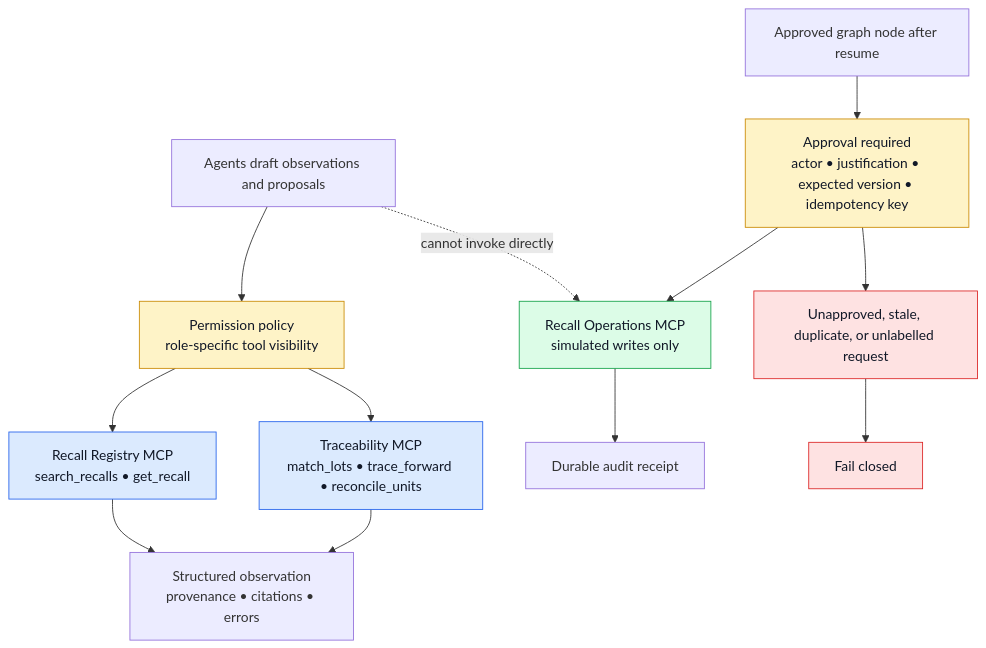
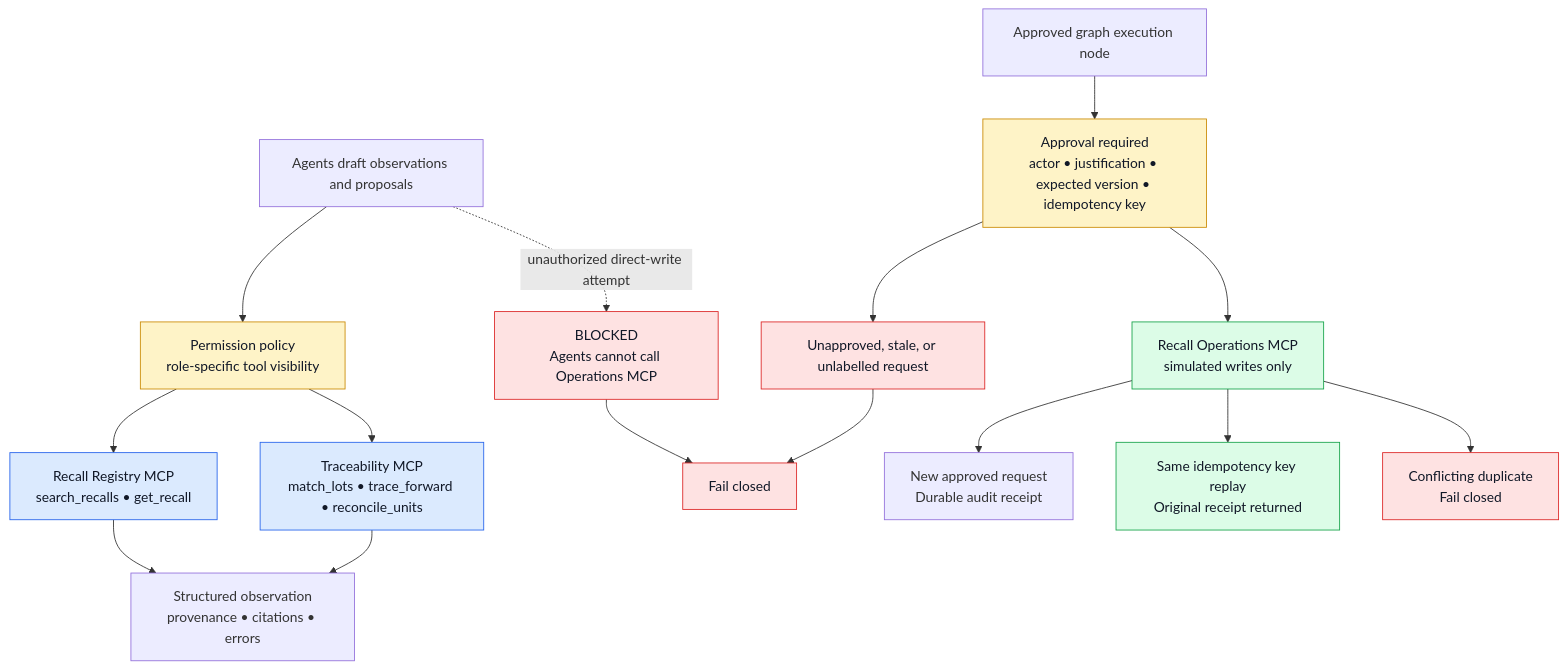
The diagram in docs/images/04_mcp_tool_safety.mmd (nagarjunakanamarlapudi/reacall-agents), drawn with Mermaid before and after one commit. The commit also changed 26 other files, not shown here.

Commit message:
docs: harden Task 10 diagram and demo contracts

```diff
--- a/docs/images/04_mcp_tool_safety.mmd
+++ b/docs/images/04_mcp_tool_safety.mmd
@@ -1,16 +1,19 @@
 flowchart TB
   classDef read fill:#dbeafe,stroke:#2563eb,color:#111827
   classDef write fill:#dcfce7,stroke:#16a34a,color:#111827
   classDef block fill:#fee2e2,stroke:#dc2626,color:#111827
   classDef gate fill:#fef3c7,stroke:#ca8a04,color:#111827
   AG["Agents draft observations and proposals"] --> SEL["Permission policy<br/>role-specific tool visibility"]:::gate
   SEL --> RR["Recall Registry MCP<br/>search_recalls • get_recall"]:::read
   SEL --> TM["Traceability MCP<br/>match_lots • trace_forward • reconcile_units"]:::read
   RR --> OBS["Structured observation<br/>provenance • citations • errors"]
   TM --> OBS
-  AG -. "cannot invoke directly" .-> OM["Recall Operations MCP"]:::write
-  GR["Approved graph node after resume"] --> AP["Approval required<br/>actor • justification • expected version • idempotency key"]:::gate
+  AG -. "unauthorized direct-write attempt" .-> BLOCKED["BLOCKED<br/>Agents cannot call Operations MCP"]:::block
+  BLOCKED --> DENY["Fail closed"]:::block
+  GR["Approved graph execution node"] --> AP["Approval required<br/>actor • justification • expected version • idempotency key"]:::gate
   AP --> OM["Recall Operations MCP<br/>simulated writes only"]:::write
-  OM --> RC["Durable audit receipt"]
-  BAD["Unapproved, stale, duplicate, or unlabelled request"]:::block --> DENY["Fail closed"]:::block
+  OM --> NEW["New approved request<br/>Durable audit receipt"]
+  OM --> REPLAY["Same idempotency key replay<br/>Original receipt returned"]:::write
+  OM --> DUP["Conflicting duplicate<br/>Fail closed"]:::block
+  BAD["Unapproved, stale, or unlabelled request"]:::block --> DENY
   AP --> BAD
```
